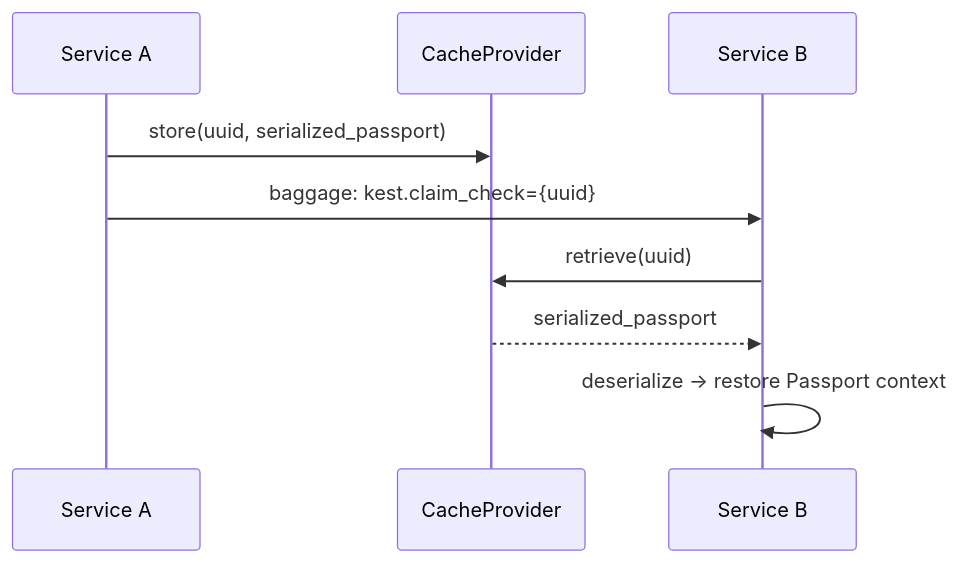
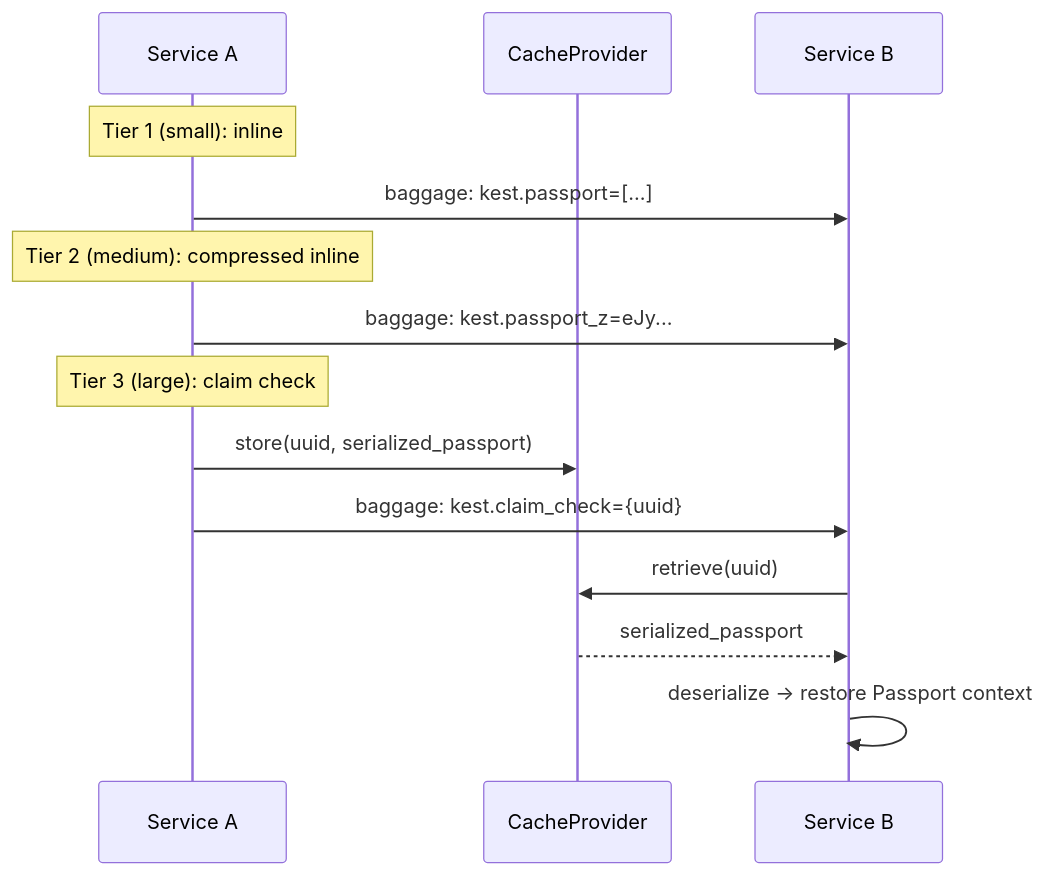
Before and after one commit to eterna2/kest: the second of 2 diagrams in website/content/developer/04_middleware.md, drawn with Mermaid. The commit also changed other lines of this file and 65 other files, not shown here.

First line of the commit message:
sec: harden kest-core v0.3.0 — cache isolation, baggage purity, JWT guard & architecture research (#13)

````diff
--- a/website/content/developer/04_middleware.md
+++ b/website/content/developer/04_middleware.md
@@ -146,12 +164,19 @@
 ```mermaid
 sequenceDiagram
     participant A as Service A
     participant Cache as CacheProvider
     participant B as Service B
 
+    Note over A: Tier 1 (small): inline
+    A->>B: baggage: kest.passport=[...]
+
+    Note over A: Tier 2 (medium): compressed inline
+    A->>B: baggage: kest.passport_z=eJy...
+
+    Note over A: Tier 3 (large): claim check
     A->>Cache: store(uuid, serialized_passport)
     A->>B: baggage: kest.claim_check={uuid}
     B->>Cache: retrieve(uuid)
     Cache-->>B: serialized_passport
     B->>B: deserialize → restore Passport context
 ```
````
